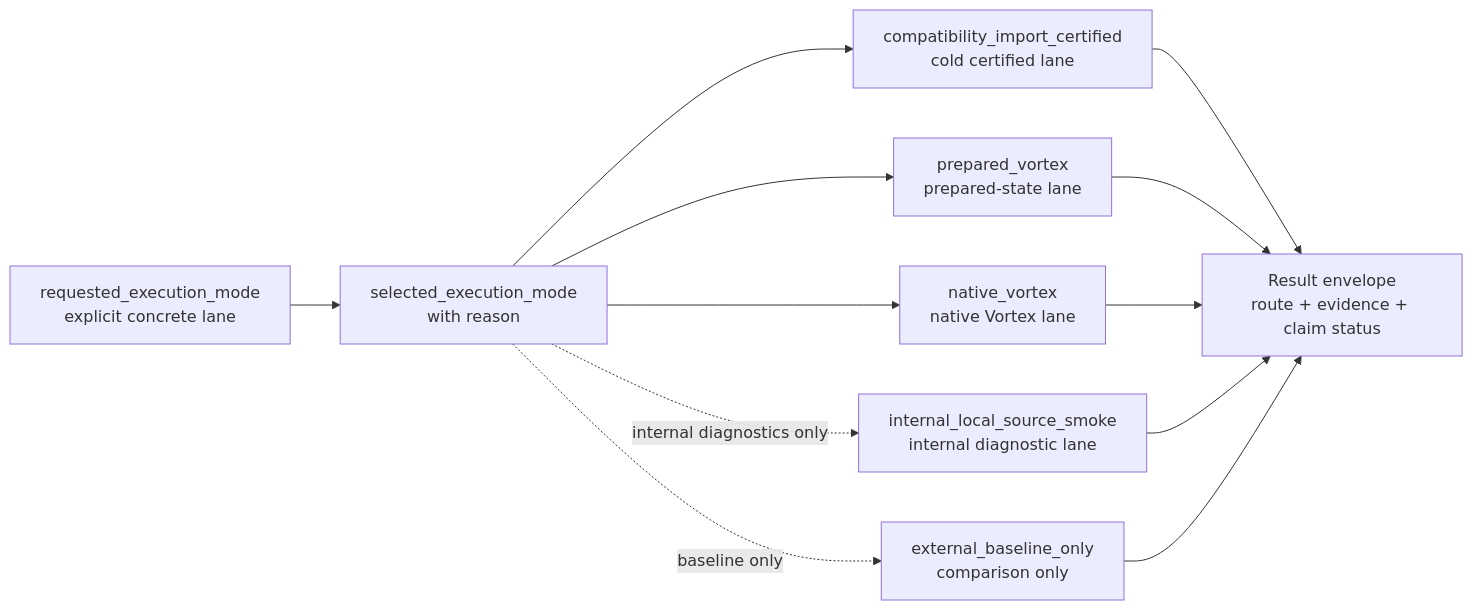
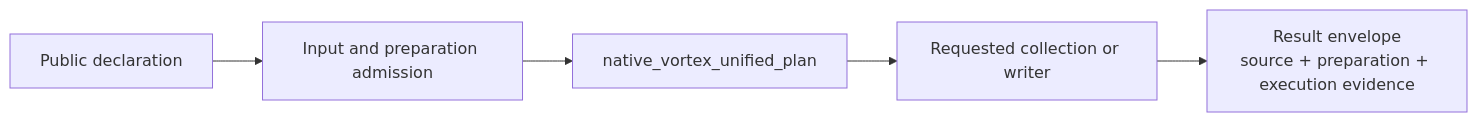
One commit to depsilon/shardloom changed the fourth of 8 diagrams in docs/architecture/compute-engine-flow-reference.md. Above: the diagram before and after it, drawn with Mermaid. The commit also changed other lines of this file and 37 other files, not shown here.

````diff
--- a/docs/architecture/compute-engine-flow-reference.md
+++ b/docs/architecture/compute-engine-flow-reference.md
@@ -586,18 +460,10 @@
 ```mermaid
 flowchart LR
-    REQUEST["requested_execution_mode<br/>explicit concrete lane"]
-    SELECT["selected_execution_mode<br/>with reason"]
-    COMPAT["compatibility_import_certified<br/>cold certified lane"]
-    PREPARED["prepared_vortex<br/>prepared-state lane"]
-    NATIVE["native_vortex<br/>native Vortex lane"]
-    DIRECT["internal_local_source_smoke<br/>internal diagnostic lane"]
-    BASELINE["external_baseline_only<br/>comparison only"]
-    RESULT["Result envelope<br/>route + evidence + claim status"]
+    REQUEST["Public declaration"]
+    INPUT["Input and preparation admission"]
+    NATIVE["native_vortex_unified_plan"]
+    OUTPUT["Requested collection or writer"]
+    RESULT["Result envelope<br/>source + preparation + execution evidence"]
 
-    REQUEST --> SELECT
-    SELECT --> COMPAT --> RESULT
-    SELECT --> PREPARED --> RESULT
-    SELECT --> NATIVE --> RESULT
-    SELECT -. internal diagnostics only .-> DIRECT --> RESULT
-    SELECT -. baseline only .-> BASELINE --> RESULT
+    REQUEST --> INPUT --> NATIVE --> OUTPUT --> RESULT
 ```
````
